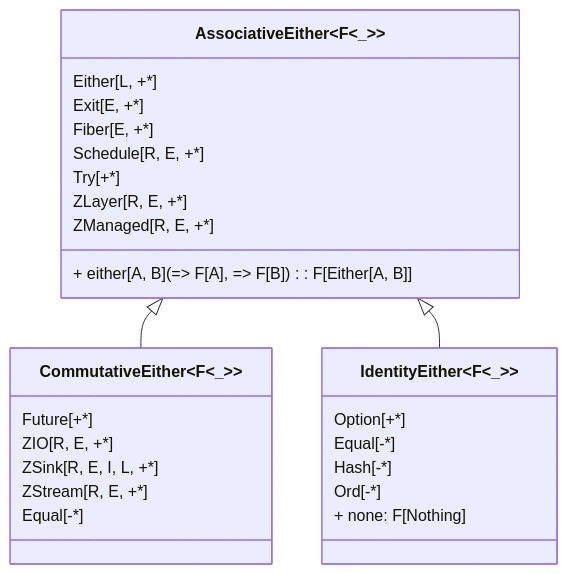
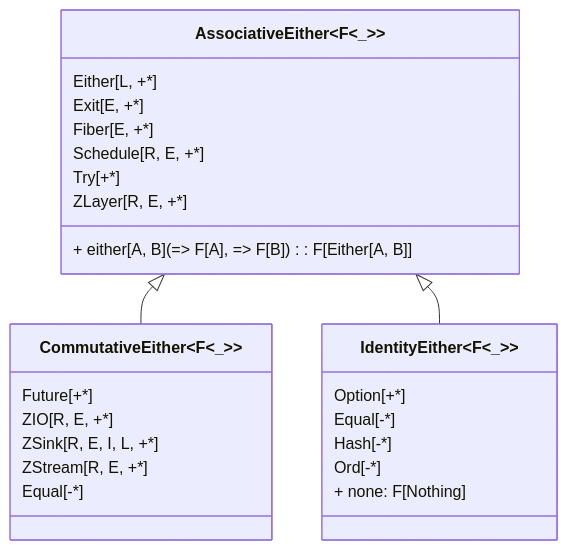
One commit to zio/zio-prelude changed the fifth of 8 diagrams in docs/functional-abstractions/abstraction-diagrams.md. Above: the diagram before and after it, drawn with Mermaid. The commit also changed other lines of this file and 34 other files, not shown here.

````diff
--- a/docs/functional-abstractions/abstraction-diagrams.md
+++ b/docs/functional-abstractions/abstraction-diagrams.md
@@ -251,31 +249,30 @@
 ```mermaid
 classDiagram
   AssociativeEither~F<_>~ <|-- CommutativeEither~F<_>~
   AssociativeEither~F<_>~ <|-- IdentityEither~F<_>~
   class AssociativeEither~F<_>~{
     Either[L, +*]
     Exit[E, +*]
     Fiber[E, +*]
     Schedule[R, E, +*]
     Try[+*]
     ZLayer[R, E, +*]
-    ZManaged[R, E, +*]
     
     + either[A, B](=> F[A], => F[B]): F[Either[A, B]]
   }
   class CommutativeEither~F<_>~{
     Future[+*]
     ZIO[R, E, +*] 
     ZSink[R, E, I, L, +*]
     ZStream[R, E, +*]
     Equal[-*]
   }
   class IdentityEither~F<_>~{
     Option[+*]
     Equal[-*]
     Hash[-*]
     Ord[-*]
 
     + none: F[Nothing]
   }
 ```
````
